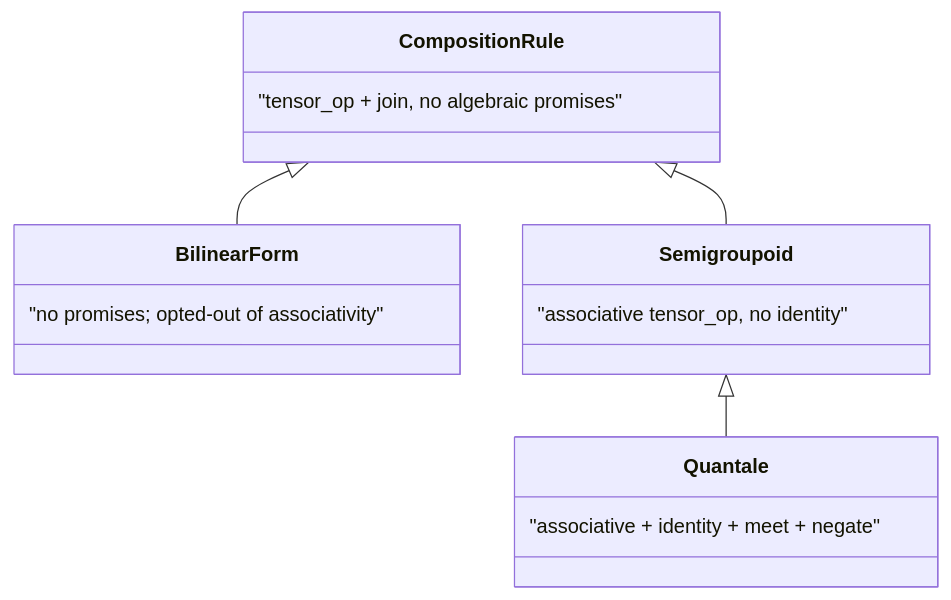
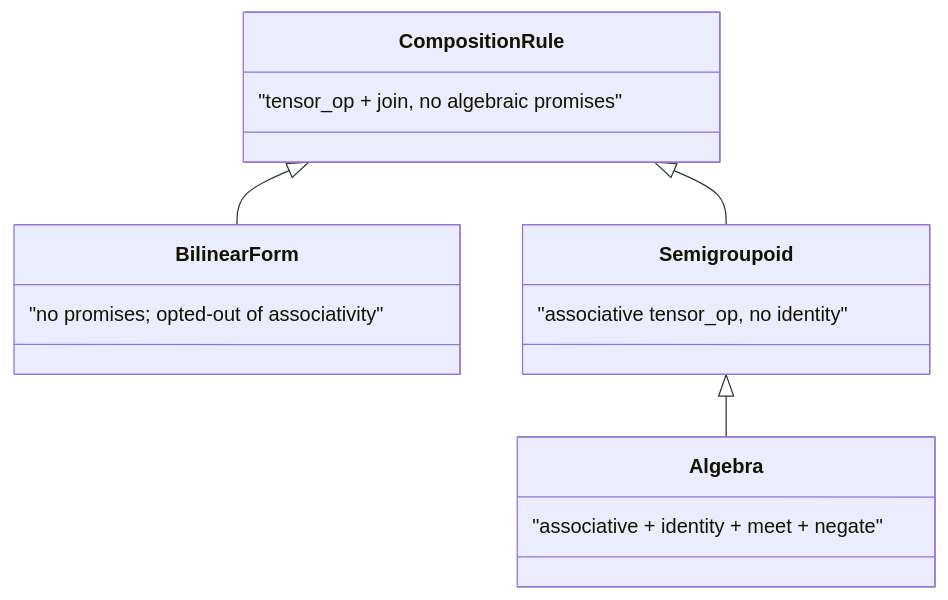
One commit to FACTSlab/quivers changed the diagram in docs/tutorials/python/07-composition-rules.md. Above: the diagram before and after it, drawn with Mermaid. The commit also changed other lines of this file and 138 other files, not shown here.

First line of the commit message:
rename quantale → algebra across DSL, Python API, docs

````diff
--- a/docs/tutorials/python/07-composition-rules.md
+++ b/docs/tutorials/python/07-composition-rules.md
@@ -14,18 +14,18 @@
 ```mermaid
 classDiagram
     class CompositionRule {
         "tensor_op + join, no algebraic promises"
     }
     class BilinearForm {
         "no promises; opted-out of associativity"
     }
     class Semigroupoid {
         "associative tensor_op, no identity"
     }
-    class Quantale {
+    class Algebra {
         "associative + identity + meet + negate"
     }
     CompositionRule <|-- BilinearForm
     CompositionRule <|-- Semigroupoid
-    Semigroupoid <|-- Quantale
+    Semigroupoid <|-- Algebra
 ```
````
